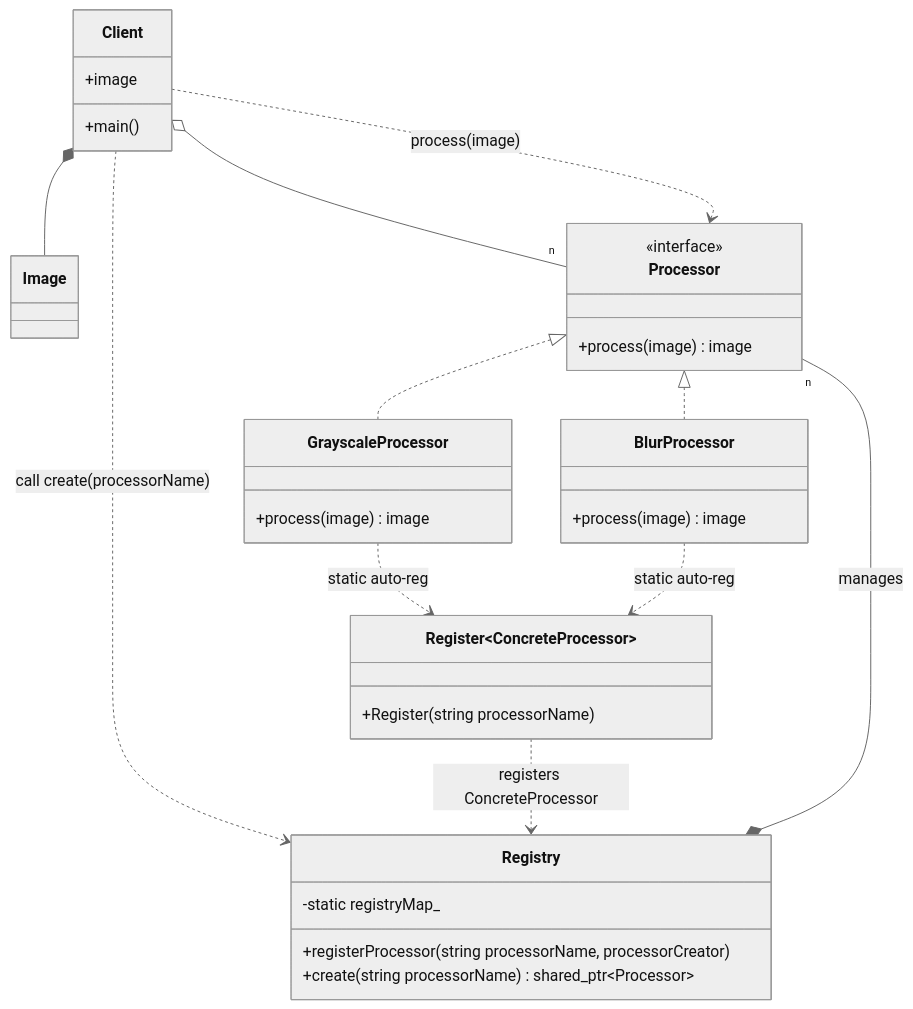
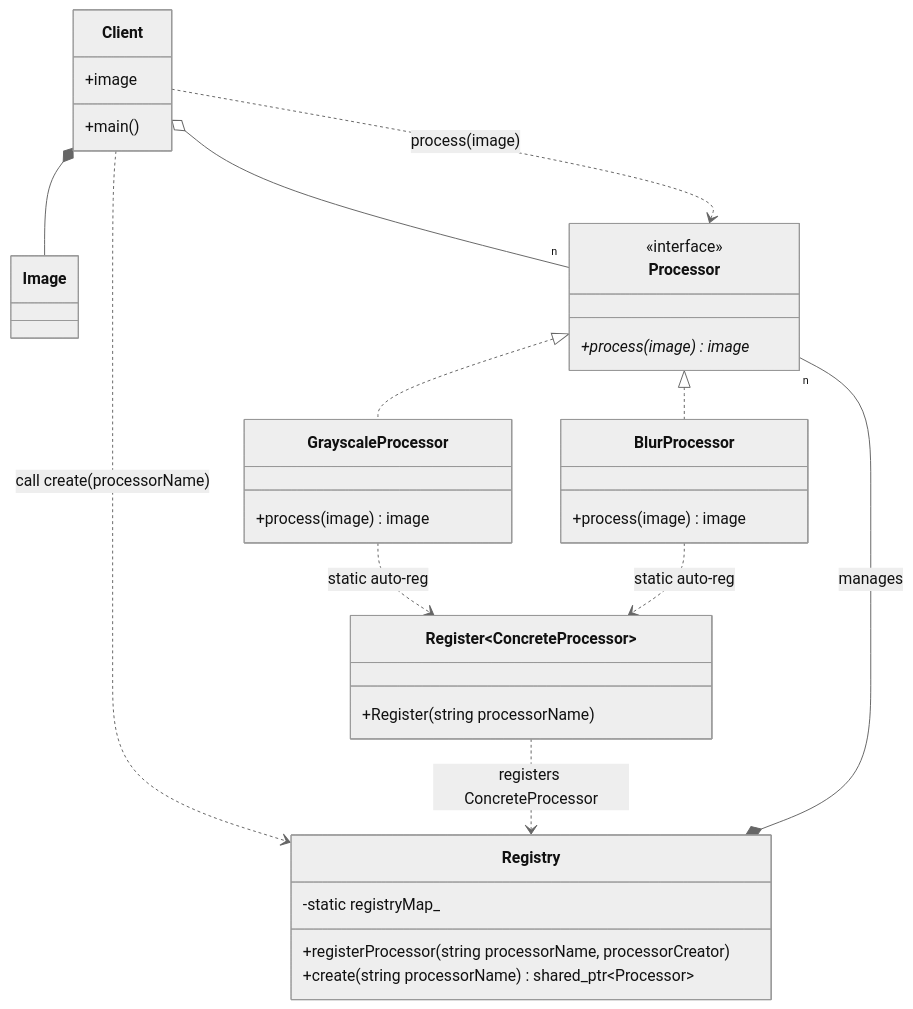
The diagram in 16_Register/README.md (Cichlidfishexigency721/Modern-CPP-Design-Patterns), drawn with Mermaid (neutral theme) before and after one commit. The commit also changed 22 other files, not shown here.

Commit message:
UML improvement

````diff
--- a/16_Register/README.md
+++ b/16_Register/README.md
@@ -96,52 +96,52 @@
 ```mermaid
 classDiagram
    class Image
 
    class Processor {
       <<interface>>
-      +process(image) image
+      +process(image) image*
    }
 
    class GrayscaleProcessor {
       +process(image) image
    }
 
    class BlurProcessor {
       +process(image) image
    }
 
    class Registry {
       -static registryMap_
       +registerProcessor(string processorName, processorCreator)
       +create(string processorName) shared_ptr~Processor~
    }
 
    class Register~ConcreteProcessor~ {
       +Register(string processorName)
    }
 
    class Client {
       +image
       +main()
    }
 
    %% Inheritance (Implements)
    Processor <|.. GrayscaleProcessor
    Processor <|.. BlurProcessor
 
    %% The Registry manages the lifecycle of processors (Singleton/Flyweight)
    %% Composition (Has_a) - Multiplicity "n" at the end
    Registry *-- "n" Processor : manages
 
    %% Auto-registration mechanism
    %% Dependency (..>) - No numbers
    Register~ConcreteProcessor~ ..> Registry : registers ConcreteProcessor
    GrayscaleProcessor ..> Register~ConcreteProcessor~ : static auto-reg
    BlurProcessor ..> Register~ConcreteProcessor~ : static auto-reg
 
    %% Client interactions
    Client *-- Image
    Client ..> Registry : call create(processorName)
    Client o-- "n" Processor
    Client ..> Processor : process(image)
 ```
````
